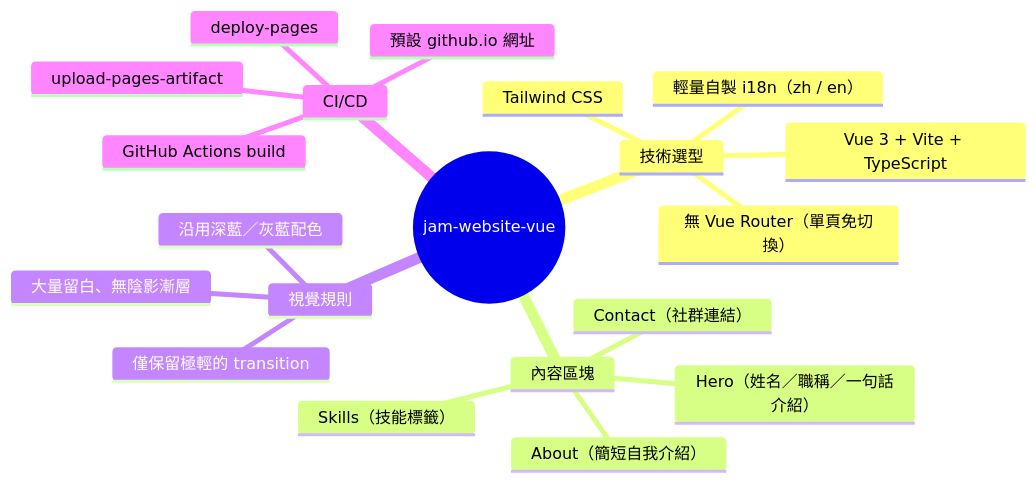
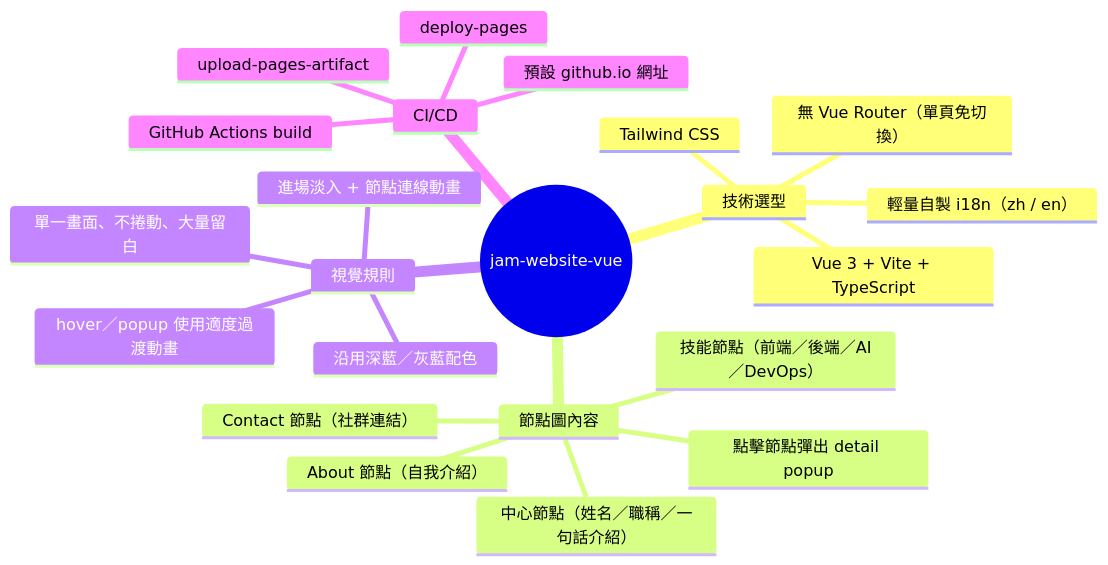
The diagram in PLAN.md (changjam/jam-website-vue), drawn with Mermaid before and after one commit. The commit also changed other lines of this file and 14 other files, not shown here.

First line of the commit message:
Redesign as a single-viewport skill-tree graph instead of scrolling sections

````diff
--- a/PLAN.md
+++ b/PLAN.md
@@ -7,23 +7,25 @@
 ```mermaid
 mindmap
   root((jam-website-vue))
     技術選型
       Vue 3 + Vite + TypeScript
       Tailwind CSS
       無 Vue Router（單頁免切換）
       輕量自製 i18n（zh / en）
-    內容區塊
-      Hero（姓名／職稱／一句話介紹）
-      About（簡短自我介紹）
-      Skills（技能標籤）
-      Contact（社群連結）
+    節點圖內容
+      中心節點（姓名／職稱／一句話介紹）
+      About 節點（自我介紹）
+      技能節點（前端／後端／AI／DevOps）
+      Contact 節點（社群連結）
+      點擊節點彈出 detail popup
     視覺規則
       沿用深藍／灰藍配色
-      大量留白、無陰影漸層
-      僅保留極輕的 transition
+      單一畫面、不捲動、大量留白
+      進場淡入 + 節點連線動畫
+      hover／popup 使用適度過渡動畫
     CI/CD
       GitHub Actions build
       upload-pages-artifact
       deploy-pages
       預設 github.io 網址
 ```
````
